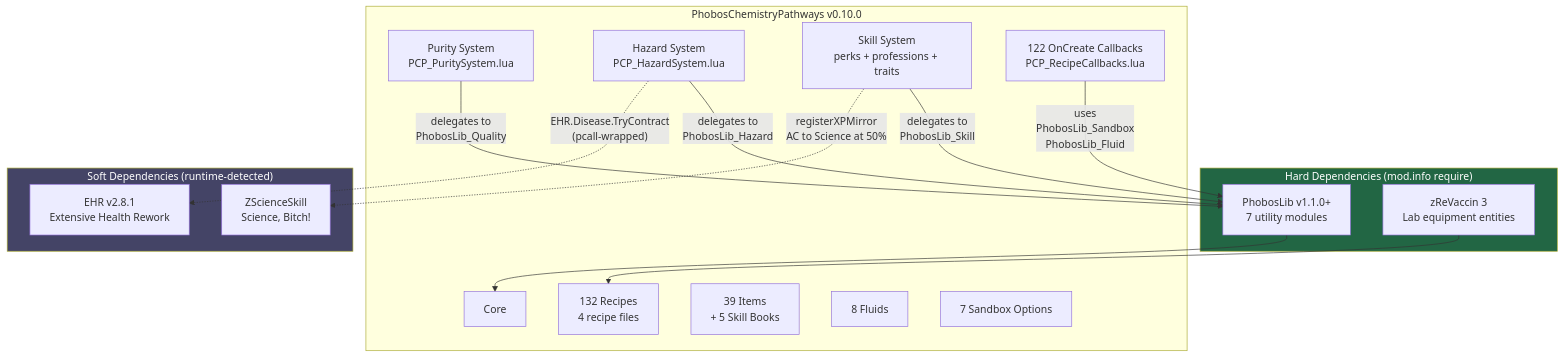
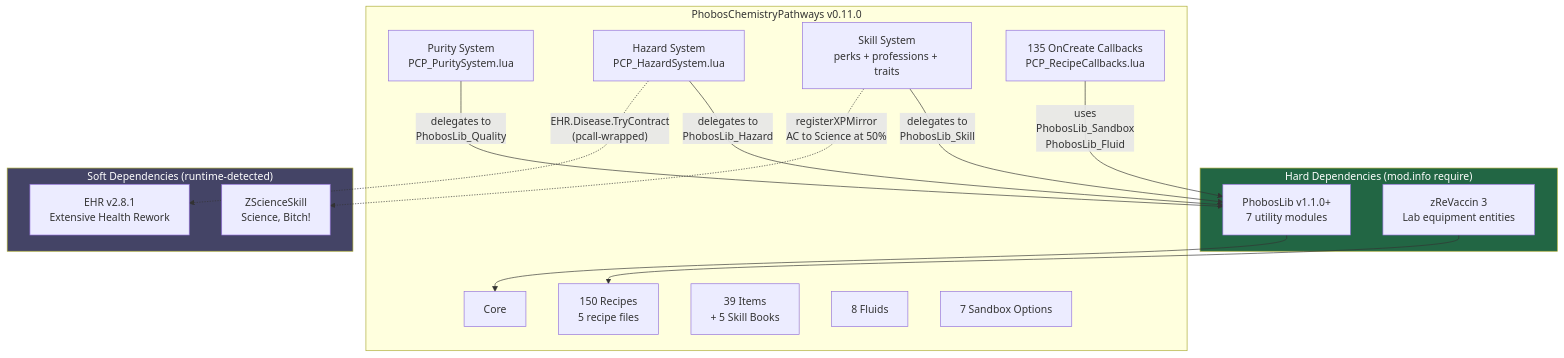
Before and after one commit to phobos-dthorga/mod-pz-chemistry-pathways: the diagram in docs/mermaid-src/architecture.mmd, drawn with Mermaid. The commit also changed 6 other files, not shown here.

First line of the commit message:
docs: Update Mermaid source files for v0.11.0

```diff
--- a/docs/mermaid-src/architecture.mmd
+++ b/docs/mermaid-src/architecture.mmd
@@ -1,36 +1,36 @@
 graph TB
     subgraph HARD["Hard Dependencies (mod.info require)"]
         PL["PhobosLib v1.1.0+<br/>7 utility modules"]
         ZR["zReVaccin 3<br/>Lab equipment entities"]
     end
 
-    subgraph PCP["PhobosChemistryPathways v0.10.0"]
+    subgraph PCP["PhobosChemistryPathways v0.11.0"]
         CORE["Core"]
-        REC["132 Recipes<br/>4 recipe files"]
+        REC["150 Recipes<br/>5 recipe files"]
         ITEMS["39 Items<br/>+ 5 Skill Books"]
         FLUIDS["8 Fluids"]
         SB["7 Sandbox Options"]
         PURITY["Purity System<br/>PCP_PuritySystem.lua"]
         HAZARD["Hazard System<br/>PCP_HazardSystem.lua"]
         SKILL["Skill System<br/>perks + professions + traits"]
-        CALLBACKS["122 OnCreate Callbacks<br/>PCP_RecipeCallbacks.lua"]
+        CALLBACKS["135 OnCreate Callbacks<br/>PCP_RecipeCallbacks.lua"]
     end
 
     subgraph SOFT["Soft Dependencies (runtime-detected)"]
         ZSS["ZScienceSkill<br/>Science, Bitch!"]
         EHR["EHR v2.8.1<br/>Extensive Health Rework"]
     end
 
     PL --> CORE
     ZR --> REC
 
     PURITY -->|"delegates to<br/>PhobosLib_Quality"| PL
     HAZARD -->|"delegates to<br/>PhobosLib_Hazard"| PL
     SKILL -->|"delegates to<br/>PhobosLib_Skill"| PL
     CALLBACKS -->|"uses<br/>PhobosLib_Sandbox<br/>PhobosLib_Fluid"| PL
 
     HAZARD -.->|"EHR.Disease.TryContract<br/>(pcall-wrapped)"| EHR
     SKILL -.->|"registerXPMirror<br/>AC to Science at 50%"| ZSS
 
     style HARD fill:#264,color:#fff
     style SOFT fill:#446,color:#fff
```
